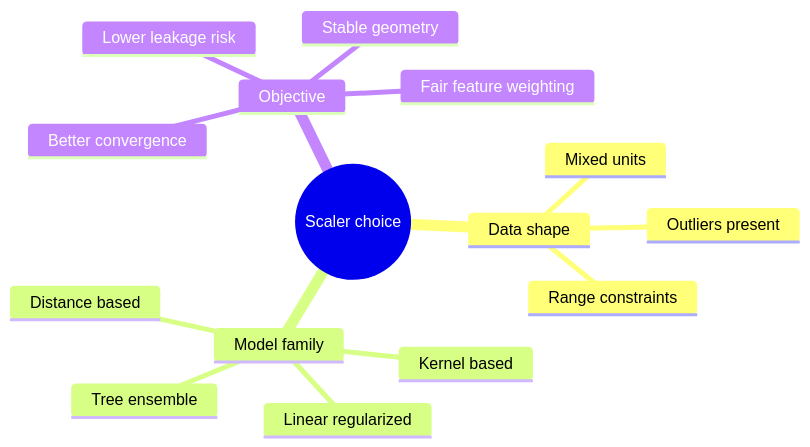
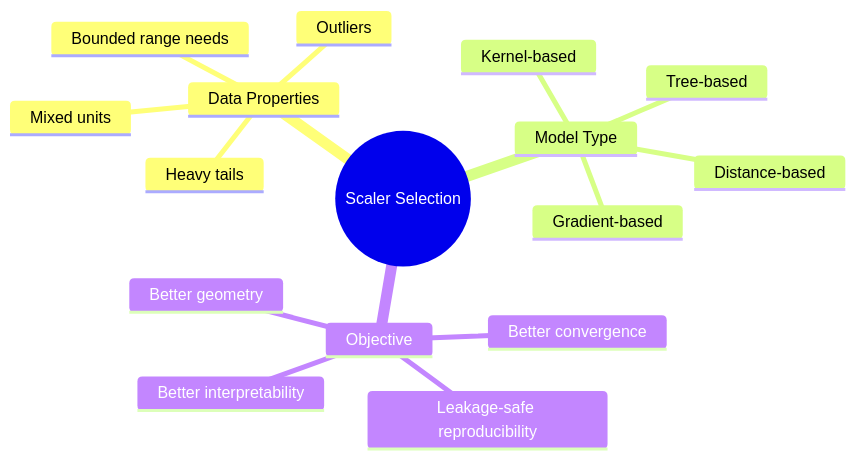
One commit to hkevin01/zscore_ml_project changed the third of 5 diagrams in README.md. Above: the diagram before and after it, drawn with Mermaid. The commit also changed other lines of this file and 10 other files, not shown here.

````diff
--- a/README.md
+++ b/README.md
@@ -267,18 +152,19 @@
 ```mermaid
 mindmap
-  root((Scaler choice))
-    Data shape
-      Outliers present
+  root((Scaler Selection))
+    Data Properties
+      Outliers
       Mixed units
-      Range constraints
-    Model family
-      Distance based
-      Kernel based
-      Linear regularized
-      Tree ensemble
+      Heavy tails
+      Bounded range needs
+    Model Type
+      Distance-based
+      Kernel-based
+      Gradient-based
+      Tree-based
     Objective
       Better convergence
-      Fair feature weighting
-      Stable geometry
-      Lower leakage risk
+      Better geometry
+      Better interpretability
+      Leakage-safe reproducibility
 ```
````
